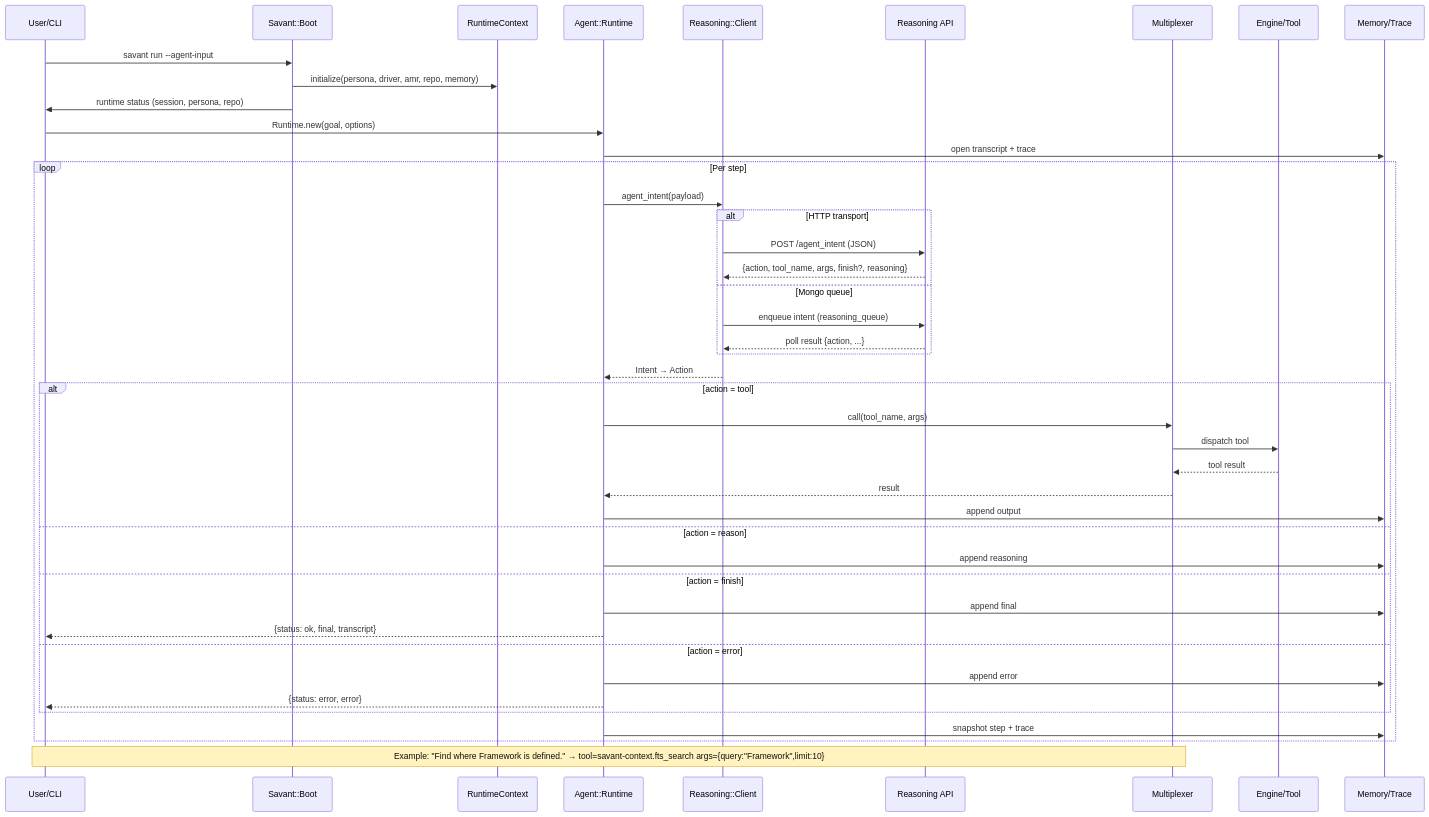
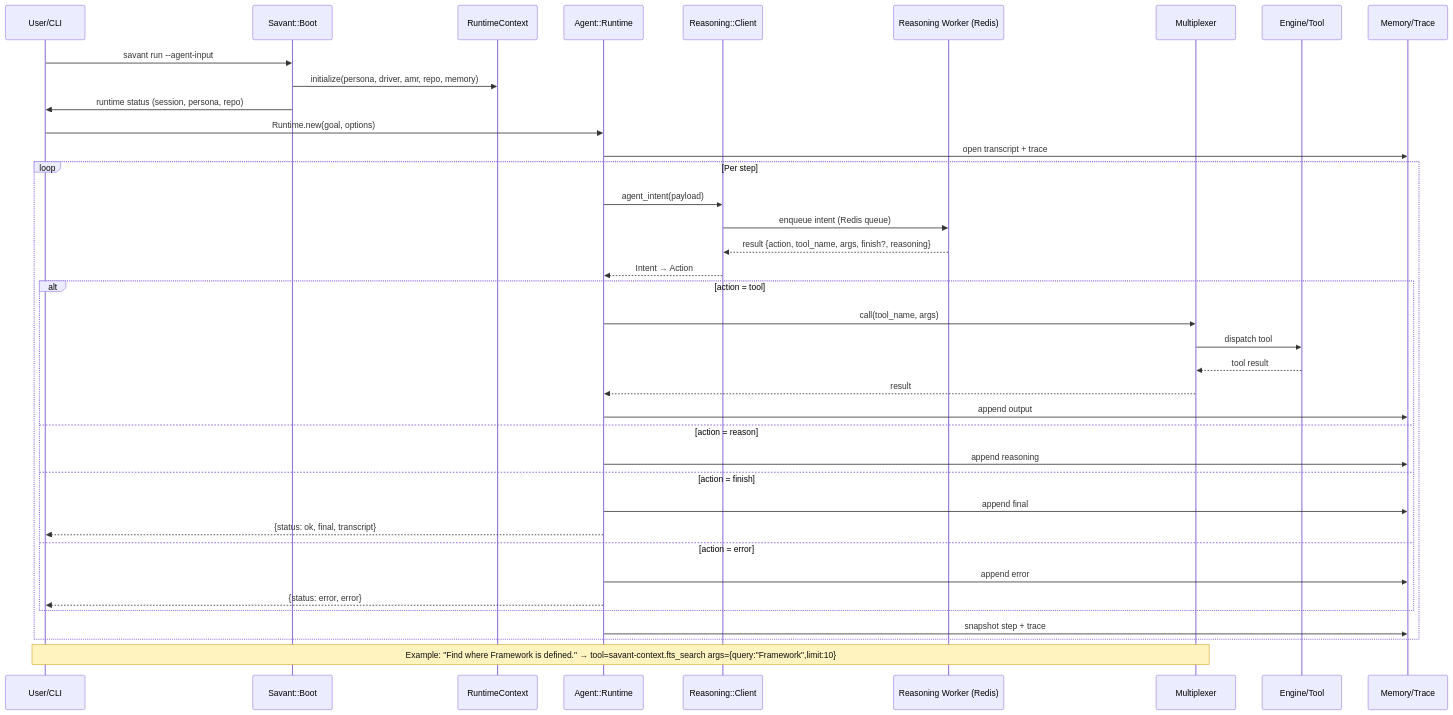
Before and after one commit to ashabbir/savant: the second of 3 diagrams in memory_bank/runtime.md, drawn with Mermaid. The commit also changed other lines of this file and 44 other files, not shown here.

````diff
--- a/memory_bank/runtime.md
+++ b/memory_bank/runtime.md
@@ -80,47 +80,42 @@
 ```mermaid
 %%{init: {'themeVariables': {'noteBkgColor': '#fff3bf', 'noteTextColor': '#111111', 'noteBorderColor': '#d4a017'}}}%%
 sequenceDiagram
   participant U as User/CLI
   participant Boot as Savant::Boot
   participant Ctx as RuntimeContext
   participant RT as Agent::Runtime
   participant RC as Reasoning::Client
-  participant API as Reasoning API
+  participant QW as Reasoning Worker (Redis)
   participant Mux as Multiplexer
   participant Eng as Engine/Tool
   participant Mem as Memory/Trace
 
   U->>Boot: savant run --agent-input
   Boot->>Ctx: initialize(persona, driver, amr, repo, memory)
   Boot->>U: runtime status (session, persona, repo)
   U->>RT: Runtime.new(goal, options)
   RT->>Mem: open transcript + trace
   loop Per step
     RT->>RC: agent_intent(payload)
-    alt HTTP transport
-      RC->>API: POST /agent_intent (JSON)
-      API-->>RC: {action, tool_name, args, finish?, reasoning}
-    else Mongo queue
-      RC->>API: enqueue intent (reasoning_queue)
-      API-->>RC: poll result {action, ...}
-    end
+    RC->>QW: enqueue intent (Redis queue)
+    QW-->>RC: result {action, tool_name, args, finish?, reasoning}
     RC-->>RT: Intent → Action
     alt action = tool
       RT->>Mux: call(tool_name, args)
       Mux->>Eng: dispatch tool
       Eng-->>Mux: tool result
       Mux-->>RT: result
       RT->>Mem: append output
     else action = reason
       RT->>Mem: append reasoning
     else action = finish
       RT->>Mem: append final
       RT-->>U: {status: ok, final, transcript}
     else action = error
       RT->>Mem: append error
       RT-->>U: {status: error, error}
     end
     RT->>Mem: snapshot step + trace
   end
   Note over U,Mux: Example: "Find where Framework is defined." → tool=savant-context.fts_search args={query:"Framework",limit:10}
 ```
````
